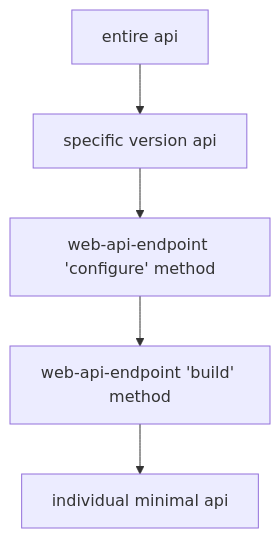
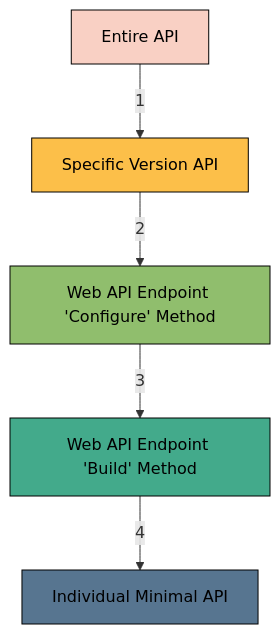
One commit to futurum-dev/dotnet.futurum.webapiendpoint.micro changed the diagram in README.md. Above: the diagram before and after it, drawn with Mermaid. The commit also changed other lines of this file, not shown here.

````diff
--- a/README.md
+++ b/README.md
@@ -254,4 +257,16 @@
 ```mermaid
 flowchart TB
-   entire-api[entire api] --> specific-version-api[specific version api] --> endpoint-configure[web-api-endpoint 'configure' method] --> endpoint-build[web-api-endpoint 'build' method] --> minimal-api[individual minimal api]
+   classDef blackText stroke:#000,color:#000;
+   entire-api[Entire API] -->|1| specific-version-api[Specific Version API]
+   specific-version-api -->|2| endpoint-configure[Web API Endpoint 'Configure' Method]
+   endpoint-configure -->|3| endpoint-build[Web API Endpoint 'Build' Method]
+   endpoint-build -->|4| minimal-api[Individual Minimal API]
+
+   style entire-api fill:#f9d0c4
+   style specific-version-api fill:#fcbf49
+   style endpoint-configure fill:#90be6d
+   style endpoint-build fill:#43aa8b
+   style minimal-api fill:#577590
+
+   class entire-api,specific-version-api,endpoint-configure,endpoint-build,minimal-api blackText
 ```
````
